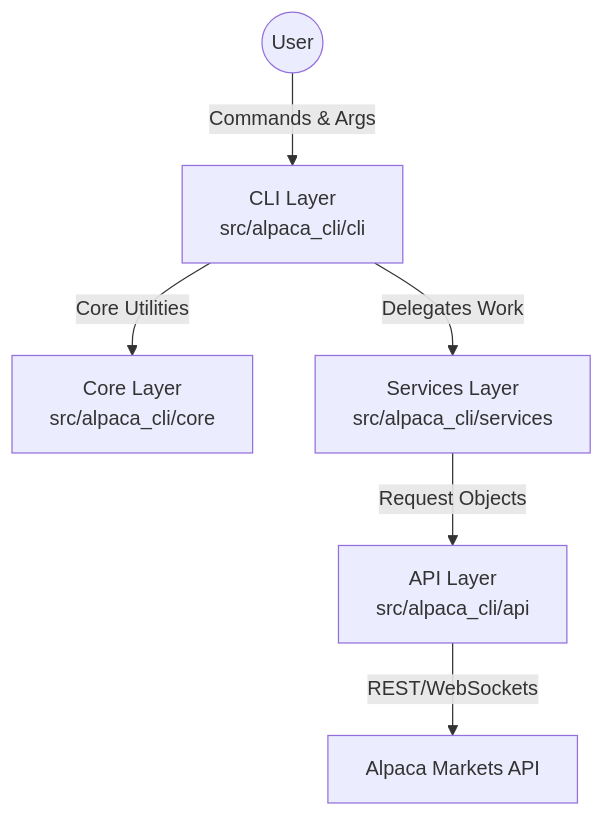
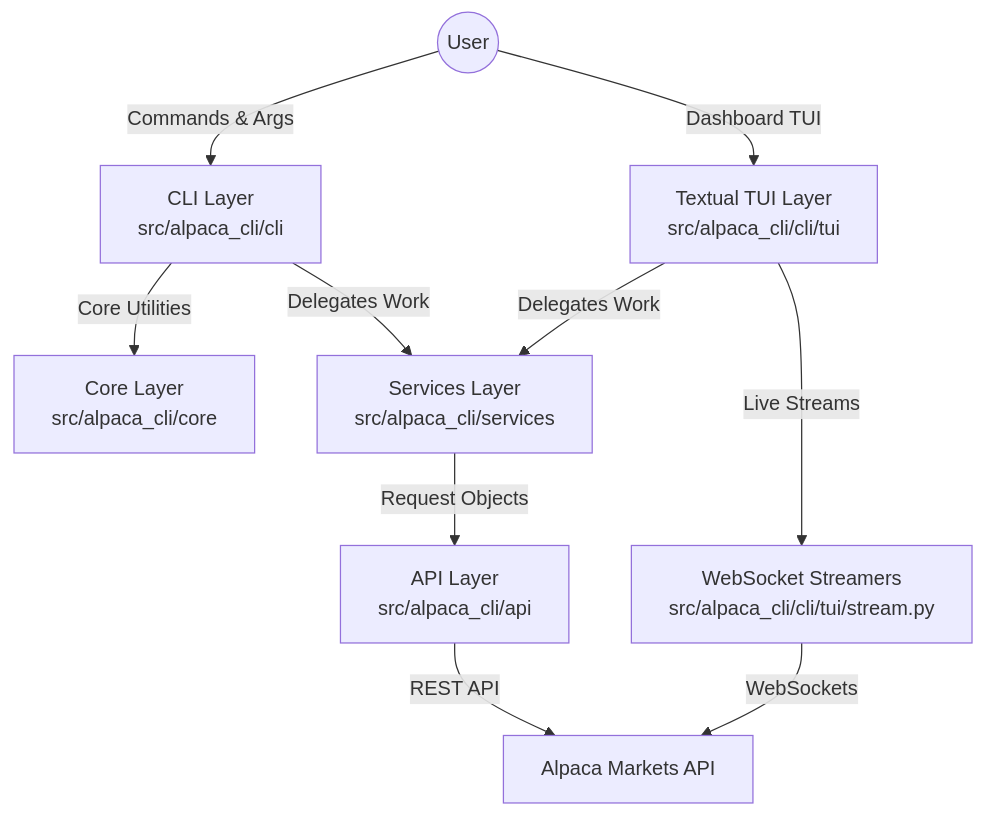
Before and after one commit to NISCHALPI/alpaca-cli: the diagram in AGENTS.md, drawn with Mermaid. The commit also changed other lines of this file and 9 other files, not shown here.

````diff
--- a/AGENTS.md
+++ b/AGENTS.md
@@ -10,8 +10,12 @@
 ```mermaid
 graph TD
     User((User)) -->|Commands & Args| CLI[CLI Layer<br/>src/alpaca_cli/cli]
+    User -->|Dashboard TUI| TUI[Textual TUI Layer<br/>src/alpaca_cli/cli/tui]
     CLI -->|Core Utilities| Core[Core Layer<br/>src/alpaca_cli/core]
     CLI -->|Delegates Work| Services[Services Layer<br/>src/alpaca_cli/services]
+    TUI -->|Delegates Work| Services
+    TUI -->|Live Streams| Streamers[WebSocket Streamers<br/>src/alpaca_cli/cli/tui/stream.py]
     Services -->|Request Objects| API[API Layer<br/>src/alpaca_cli/api]
-    API -->|REST/WebSockets| AlpacaAPI[Alpaca Markets API]
+    Streamers -->|WebSockets| AlpacaAPI[Alpaca Markets API]
+    API -->|REST API| AlpacaAPI
 ```
````
